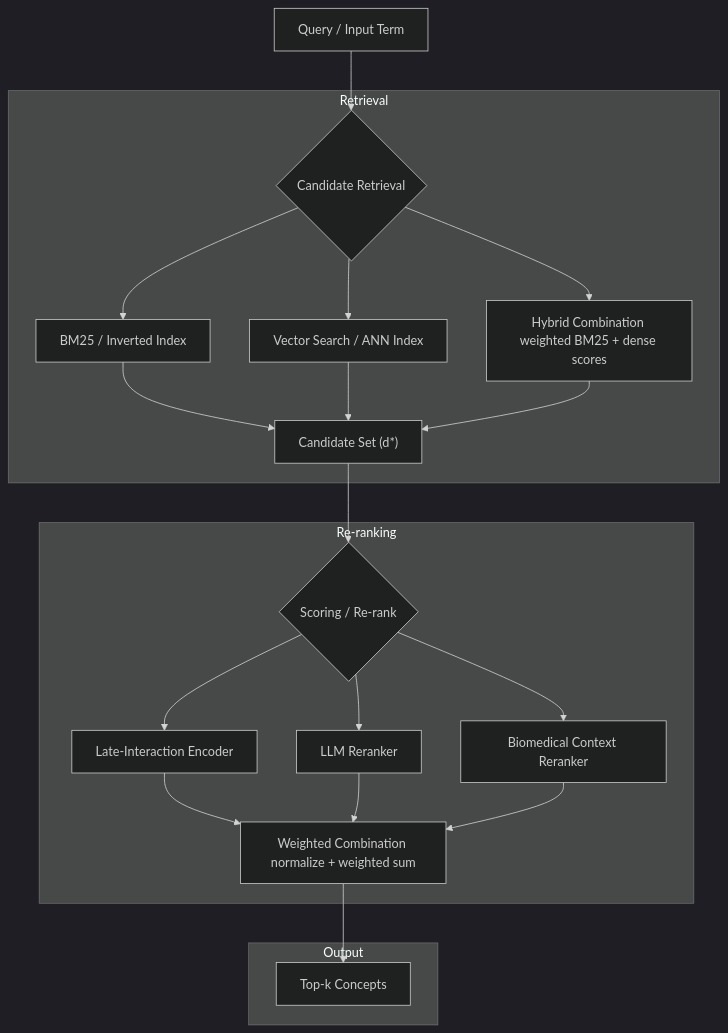
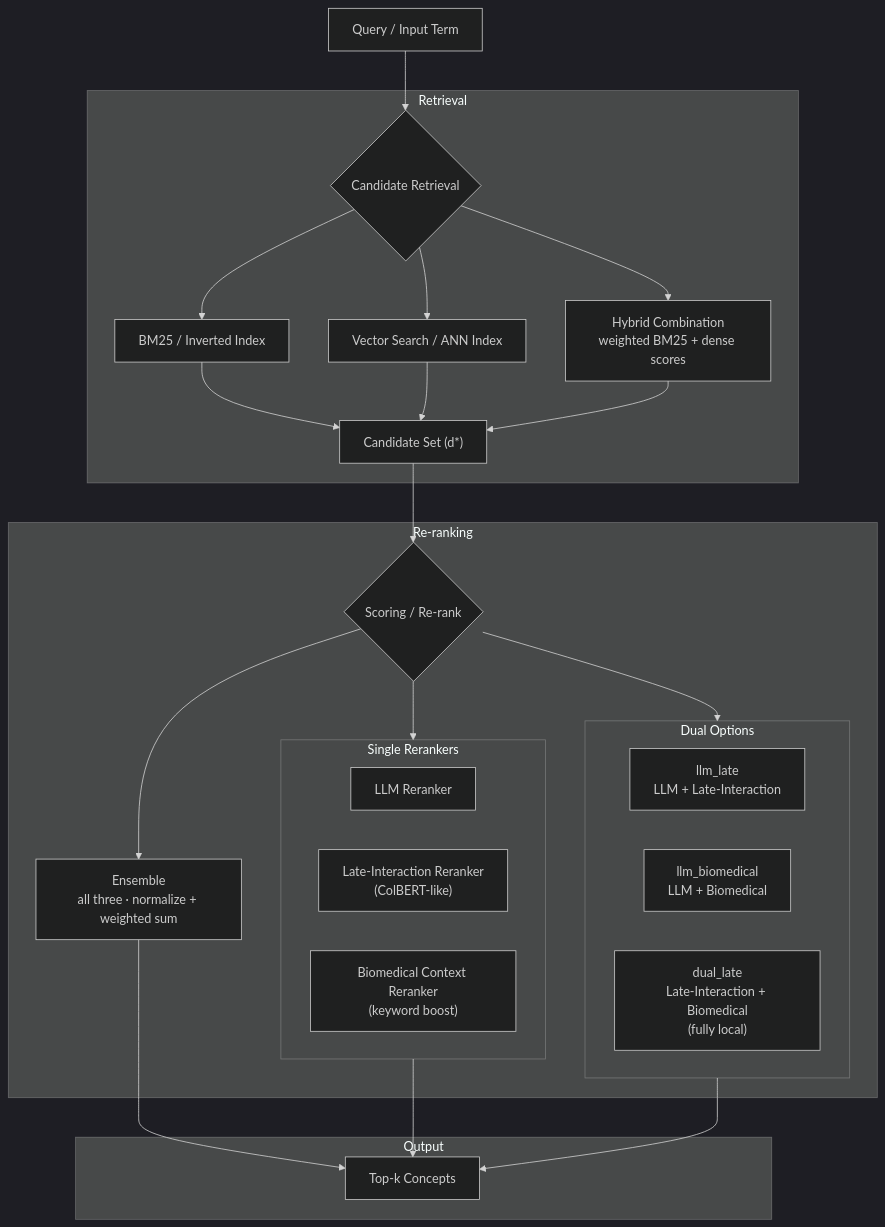
Before and after one commit to sensein/search_hybrid: the diagram in readme.md, drawn with Mermaid (dark theme).

Commit message:
updated reranking diagram

````diff
--- a/readme.md
+++ b/readme.md
@@ -43,31 +43,37 @@
 ```mermaid
 flowchart TB
  subgraph R1["Retrieval"]
         B{"Candidate Retrieval"}
         C1["BM25 / Inverted Index"]
         C2["Vector Search / ANN Index"]
-        HC["Hybrid Combination <br>weighted BM25 + dense scores"]
+        HC["Hybrid Combination<br>weighted BM25 + dense scores"]
         D["Candidate Set (d*)"]
   end
  subgraph R2["Re-ranking"]
         G{"Scoring / Re-rank"}
-        H1["Late-Interaction Encoder"]
-        H2["LLM Reranker"]
-        H3["Biomedical Context Reranker"]
-        WC["Weighted Combination normalize + weighted sum"]
+        subgraph S["Single Rerankers"]
+            H1["LLM Reranker"]
+            H2["Late-Interaction Reranker<br>(ColBERT-like)"]
+            H3["Biomedical Context Reranker<br>(keyword boost)"]
+        end
+        subgraph DU["Dual Options"]
+            D1["llm_late<br>LLM + Late-Interaction"]
+            D2["llm_biomedical<br>LLM + Biomedical"]
+            D3["dual_late<br>Late-Interaction + Biomedical<br>(fully local)"]
+        end
+        WC["Ensemble<br>all three · normalize + weighted sum"]
   end
  subgraph R3["Output"]
         J["Top-k Concepts"]
   end
     A["Query / Input Term"] --> B
     B --> C1 & C2 & HC
     C1 --> D
     C2 --> D
     HC --> D
     D --> G
-    G --> H1 & H2 & H3
-    H1 --> WC
-    H2 --> WC
-    H3 --> WC
+    G --> S & DU & WC
     WC --> J
+    S --> J
+    DU --> J
 ```
````
